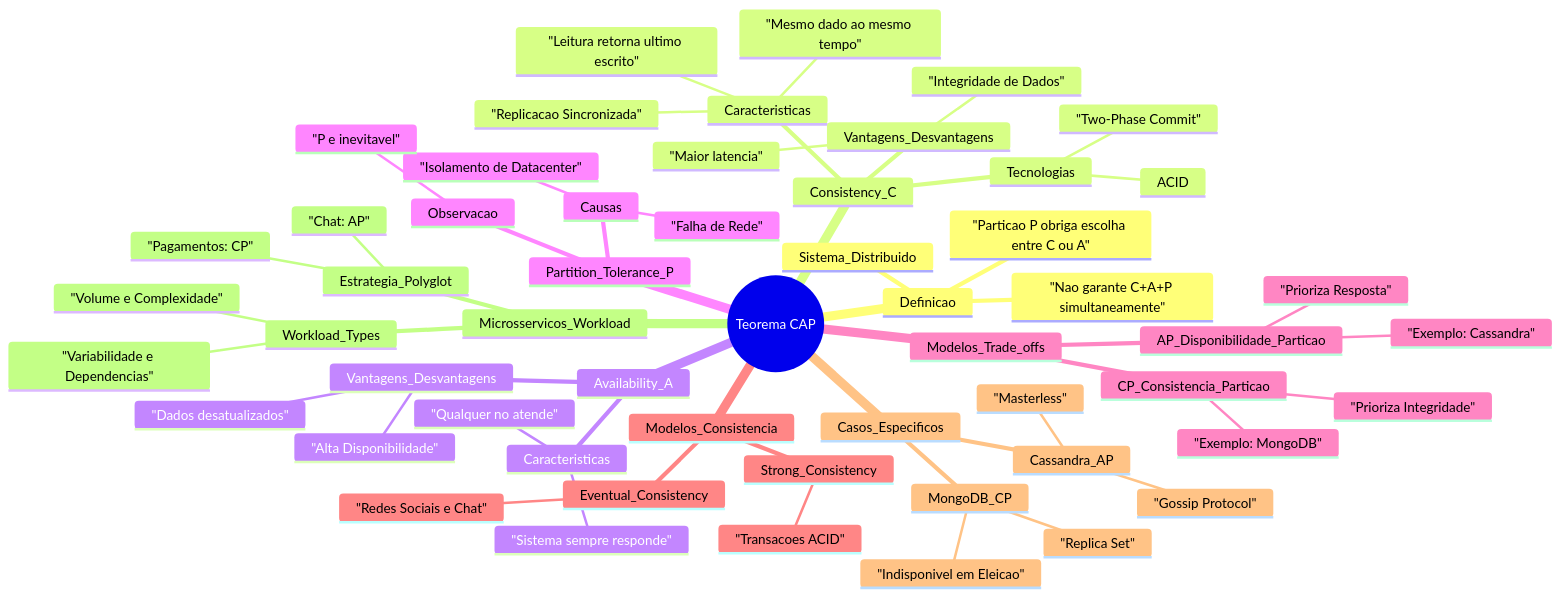
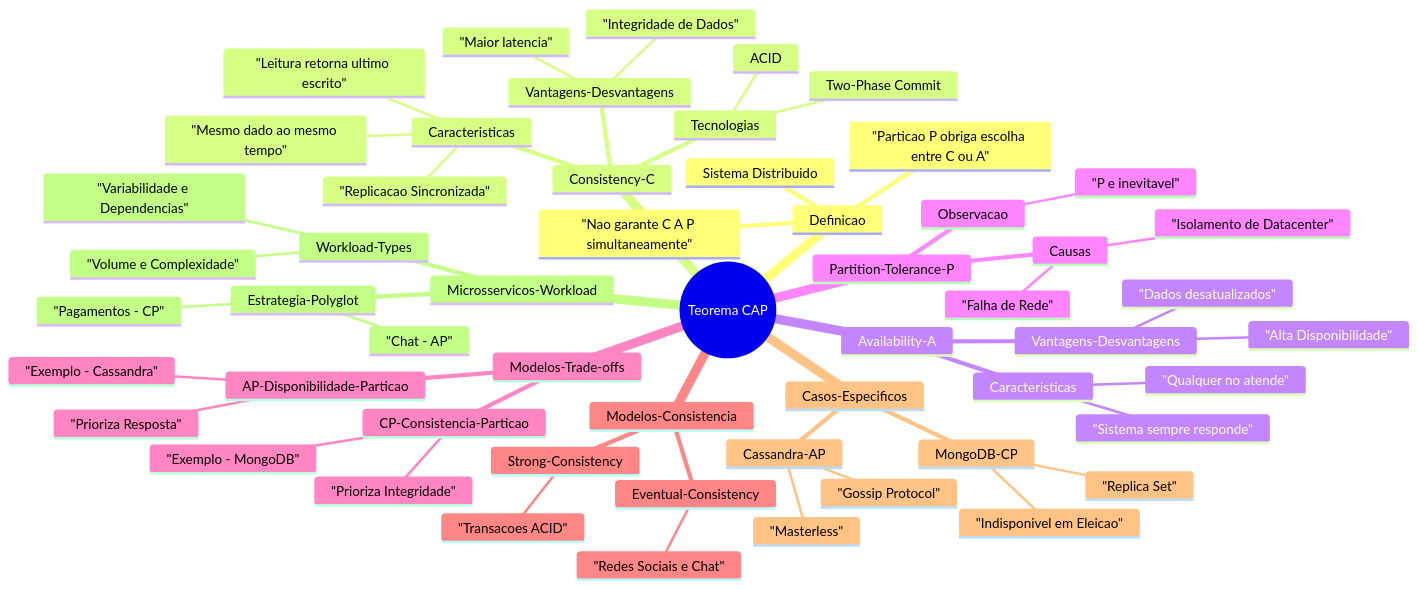
Before and after one commit to danielso2007/theCompleteMicroservicesEventDrivenArchitecture: the diagram in docs/mapa_mental_cap.md, drawn with Mermaid.

````diff
--- a/docs/mapa_mental_cap.md
+++ b/docs/mapa_mental_cap.md
@@ -405,58 +405,58 @@
 ```mermaid
 mindmap
   root((Teorema CAP))
     Definicao
-      Sistema_Distribuido
-      "Nao garante C+A+P simultaneamente"
+      Sistema Distribuido
+      "Nao garante C A P simultaneamente"
       "Particao P obriga escolha entre C ou A"
-    Consistency_C
+    Consistency-C
       Caracteristicas
         "Mesmo dado ao mesmo tempo"
         "Leitura retorna ultimo escrito"
         "Replicacao Sincronizada"
       Tecnologias
         ACID
-        "Two-Phase Commit"
-      Vantagens_Desvantagens
+        Two-Phase Commit
+      Vantagens-Desvantagens
         "Integridade de Dados"
         "Maior latencia"
-    Availability_A
+    Availability-A
       Caracteristicas
         "Sistema sempre responde"
         "Qualquer no atende"
-      Vantagens_Desvantagens
+      Vantagens-Desvantagens
         "Alta Disponibilidade"
         "Dados desatualizados"
-    Partition_Tolerance_P
+    Partition-Tolerance-P
       Causas
         "Falha de Rede"
         "Isolamento de Datacenter"
       Observacao
         "P e inevitavel"
-    Modelos_Trade_offs
-      CP_Consistencia_Particao
+    Modelos-Trade-offs
+      CP-Consistencia-Particao
         "Prioriza Integridade"
-        "Exemplo: MongoDB"
-      AP_Disponibilidade_Particao
+        "Exemplo - MongoDB"
+      AP-Disponibilidade-Particao
         "Prioriza Resposta"
-        "Exemplo: Cassandra"
-    Modelos_Consistencia
-      Strong_Consistency
+        "Exemplo - Cassandra"
+    Modelos-Consistencia
+      Strong-Consistency
         "Transacoes ACID"
-      Eventual_Consistency
+      Eventual-Consistency
         "Redes Sociais e Chat"
-    Casos_Especificos
-      MongoDB_CP
+    Casos-Especificos
+      MongoDB-CP
         "Replica Set"
         "Indisponivel em Eleicao"
-      Cassandra_AP
+      Cassandra-AP
         "Masterless"
         "Gossip Protocol"
-    Microsservicos_Workload
-      Estrategia_Polyglot
-        "Pagamentos: CP"
-        "Chat: AP"
-      Workload_Types
+    Microsservicos-Workload
+      Estrategia-Polyglot
+        "Pagamentos - CP"
+        "Chat - AP"
+      Workload-Types
         "Volume e Complexidade"
         "Variabilidade e Dependencias"
 ```
````
